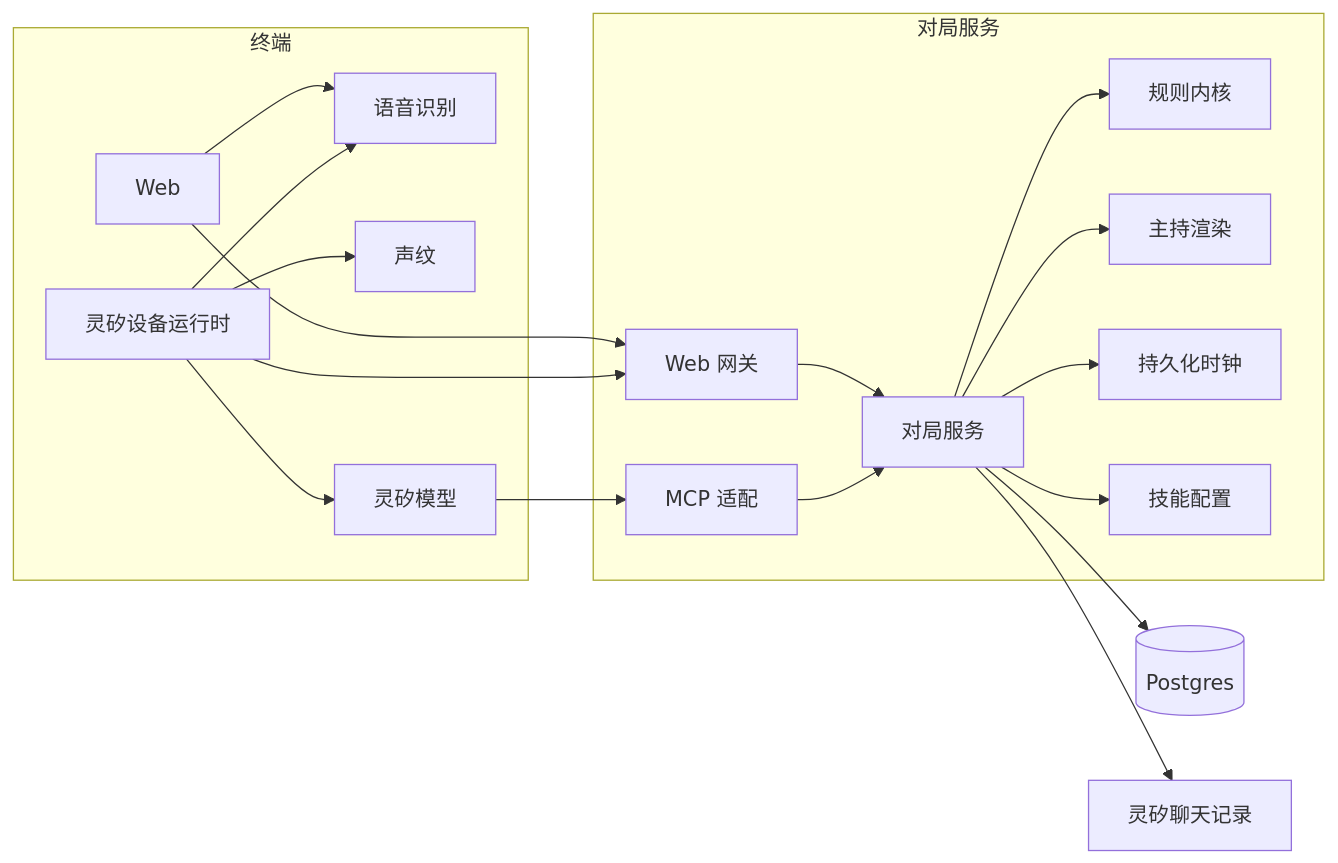
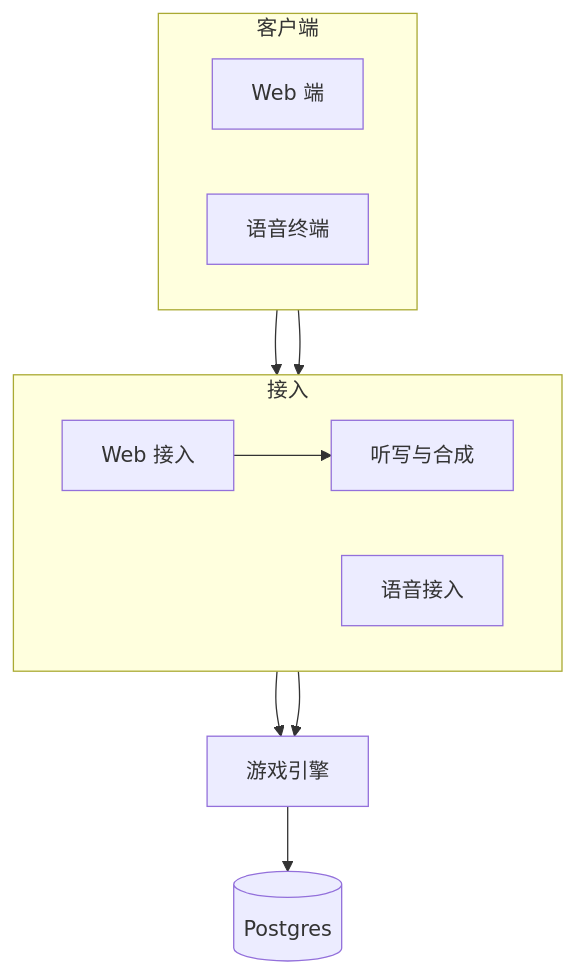
The diagram in docs/架构设计.md (wilcosheh/lieyanliaoyuan), drawn with Mermaid before and after one commit. The commit also changed other lines of this file and 6 other files, not shown here.

````diff
--- a/docs/架构设计.md
+++ b/docs/架构设计.md
@@ -25,37 +22,23 @@
 ```mermaid
-flowchart LR
-  subgraph terminals [终端]
-    Web[Web]
-    Device[灵矽设备运行时]
-    ASR[语音识别]
-    VP[声纹]
-    Model[灵矽模型]
+flowchart TB
+  subgraph client [客户端]
+    direction LR
+    Web[Web 端]
+    Voice[语音终端]
   end
-  subgraph server [对局服务]
-    WebGW[Web 网关]
-    McpGW[MCP 适配]
-    Svc[对局服务]
-    Rules[规则内核]
-    Narr[主持渲染]
-    Clock[持久化时钟]
-    Content[技能配置]
+  subgraph adapter [接入]
+    direction LR
+    Http[Web 接入]
+    Speech[听写与合成]
+    Mcp[语音接入]
   end
+  Engine[游戏引擎]
   DB[(Postgres)]
-  Chat[灵矽聊天记录]
 
-  Web --> ASR
-  Device --> ASR
-  Device --> VP
-  Device --> Model
-  Model --> McpGW
-  Web --> WebGW
-  Device --> WebGW
-  WebGW --> Svc
-  McpGW --> Svc
-  Svc --> Rules
-  Svc --> Narr
-  Svc --> Clock
-  Svc --> Content
-  Svc --> DB
-  Svc --> Chat
+  Web --> Http
+  Voice --> Mcp
+  Http --> Engine
+  Mcp --> Engine
+  Http --> Speech
+  Engine --> DB
 ```
````
